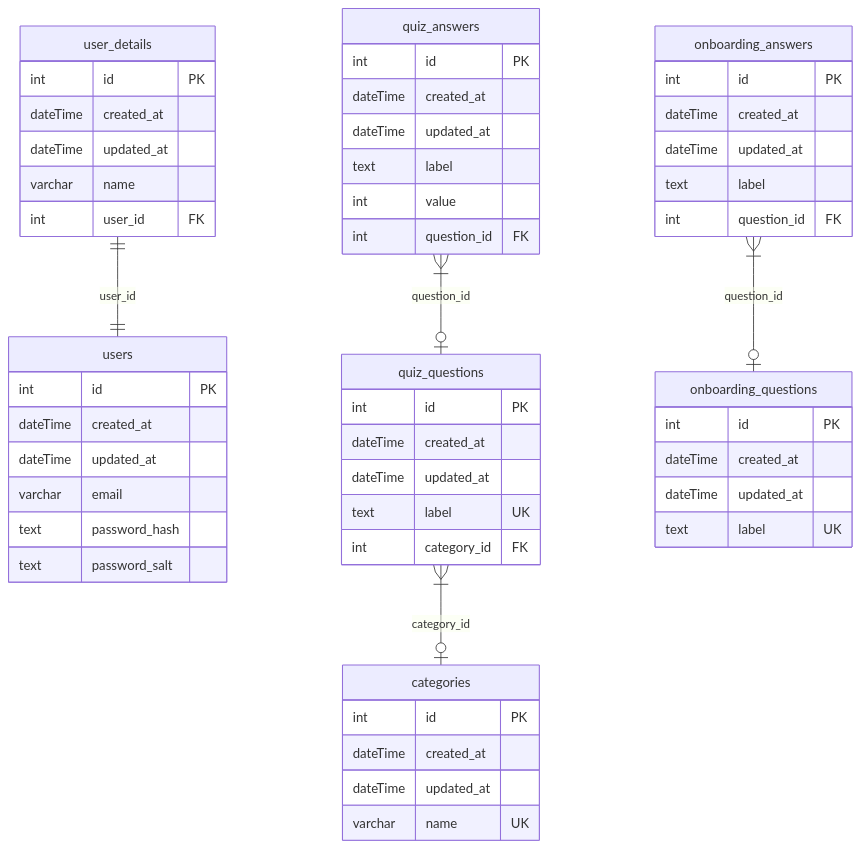
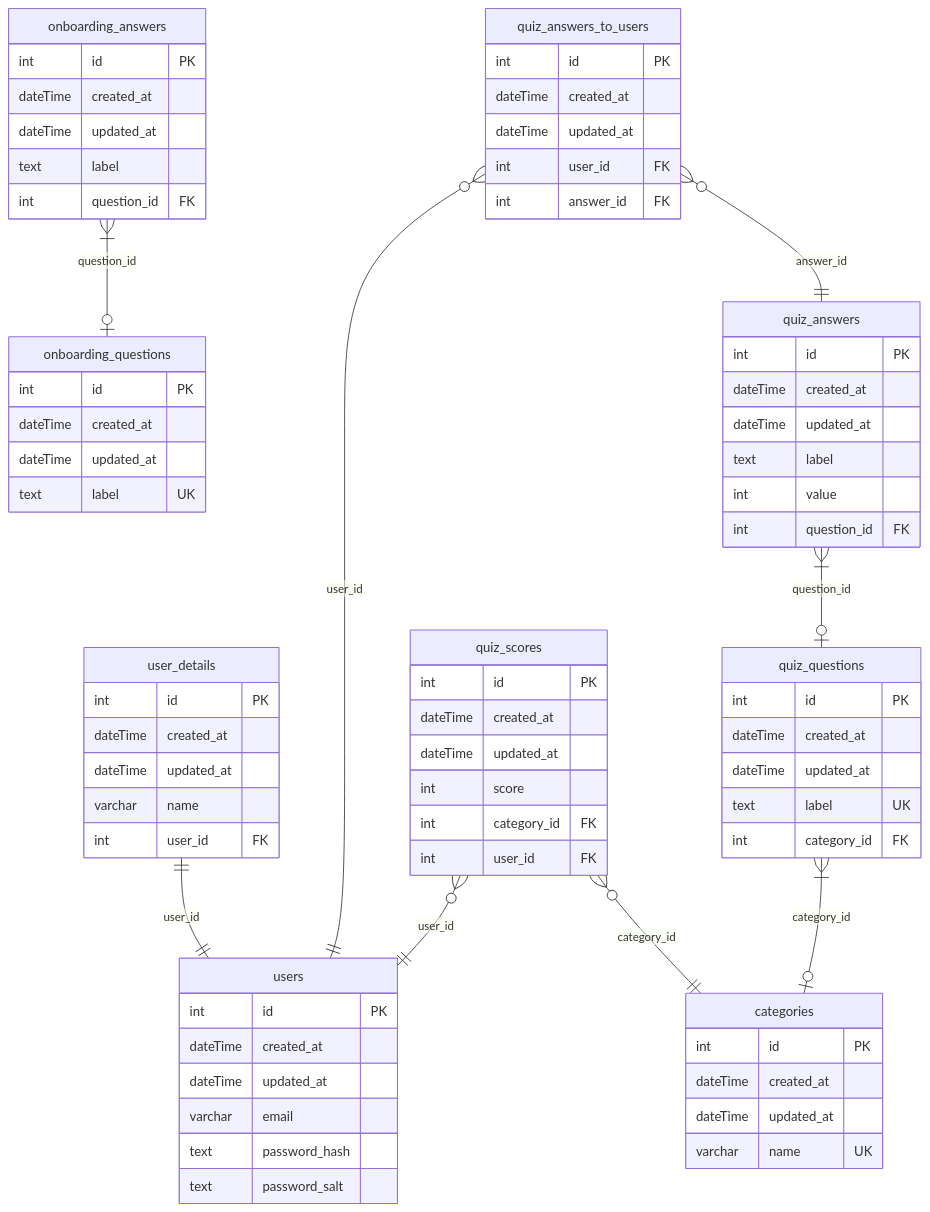
One commit to BinaryStudioAcademy/bsa-2024-bebalance changed the diagram in readme.md. Above: the diagram before and after it, drawn with Mermaid.

Commit message:
docs(main): update Database Schema in readme.md bb-166

```diff
--- a/readme.md
+++ b/readme.md
@@ -69,6 +69,27 @@
         int question_id FK
     }
 
+    quiz_scores }o--|| categories : category_id
+    quiz_scores }o--|| users : user_id
+    quiz_scores {
+        int id PK
+        dateTime created_at
+        dateTime updated_at
+        int score
+        int category_id FK
+        int user_id FK
+    }
+
+    quiz_answers_to_users }o--|| quiz_answers : answer_id
+    quiz_answers_to_users }o--|| users : user_id
+    quiz_answers_to_users {
+        int id PK
+        dateTime created_at
+        dateTime updated_at
+        int user_id FK
+        int answer_id FK
+    }
+
     onboarding_questions {
         int id PK
         dateTime created_at
```
